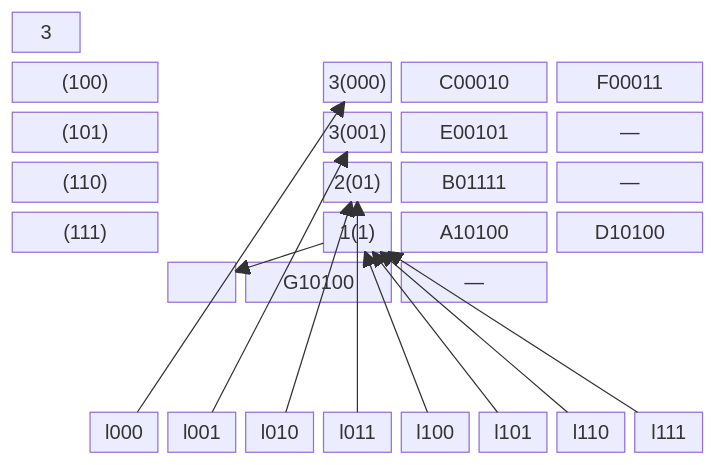
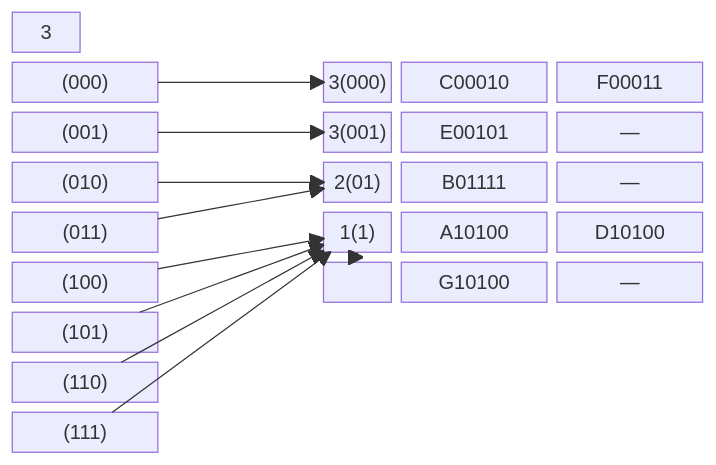
Before and after one commit to BenhurUFSM/pod26b: diagram 24 of 24 in Assuntos/busca-ext.md, drawn with Mermaid. The commit also changed other lines of this file, not shown here.

Commit message:
corrige desenhos

````diff
--- a/Assuntos/busca-ext.md
+++ b/Assuntos/busca-ext.md
@@ -575,22 +575,22 @@
 ```mermaid
 block
   columns 9
   nl["3"] space  space:2  space:5
-  l00["(000)"]:2    space:2  n000["3(000)"] b000a["C00010"]:2 b000b["F00011"]:2
-  l01["(001)"]:2    space:2  n001["3(001)"] b001a["E00101"]:2 b001b["—"]:2
-  l10["(010)"]:2    space:2  n01["2(01)"] b01a["B01111"]:2 b01b["—"]:2
-  l11["(011)"]:2    space:2  n1["1(1)"] b1a["A10100"]:2 b1b["D10100"]:2
-  l00["(100)"]:2    space:2  n1x[" "] b1ax["G10100"]:2 b1bx["—"]:2
-  l01["(101)"]:2    space:2  space:5
-  l10["(110)"]:2    space:2  space:5
-  l11["(111)"]:2    space:2  space:5
+  l000["(000)"]:2    space:2  n000["3(000)"] b000a["C00010"]:2 b000b["F00011"]:2
+  l001["(001)"]:2    space:2  n001["3(001)"] b001a["E00101"]:2 b001b["—"]:2
+  l010["(010)"]:2    space:2  n01["2(01)"] b01a["B01111"]:2 b01b["—"]:2
+  l011["(011)"]:2    space:2  n1["1(1)"] b1a["A10100"]:2 b1b["D10100"]:2
+  l100["(100)"]:2    space:2  n1x[" "] b1ax["G10100"]:2 b1bx["—"]:2
+  l101["(101)"]:2    space:2  space:5
+  l110["(110)"]:2    space:2  space:5
+  l111["(111)"]:2    space:2  space:5
   l000-->n000
   l001-->n001
   l010-->n01
   l011-->n01
   l100-->n1
   l101-->n1
   l110-->n1
   l111-->n1
   n1-->n1x
 ```
````
